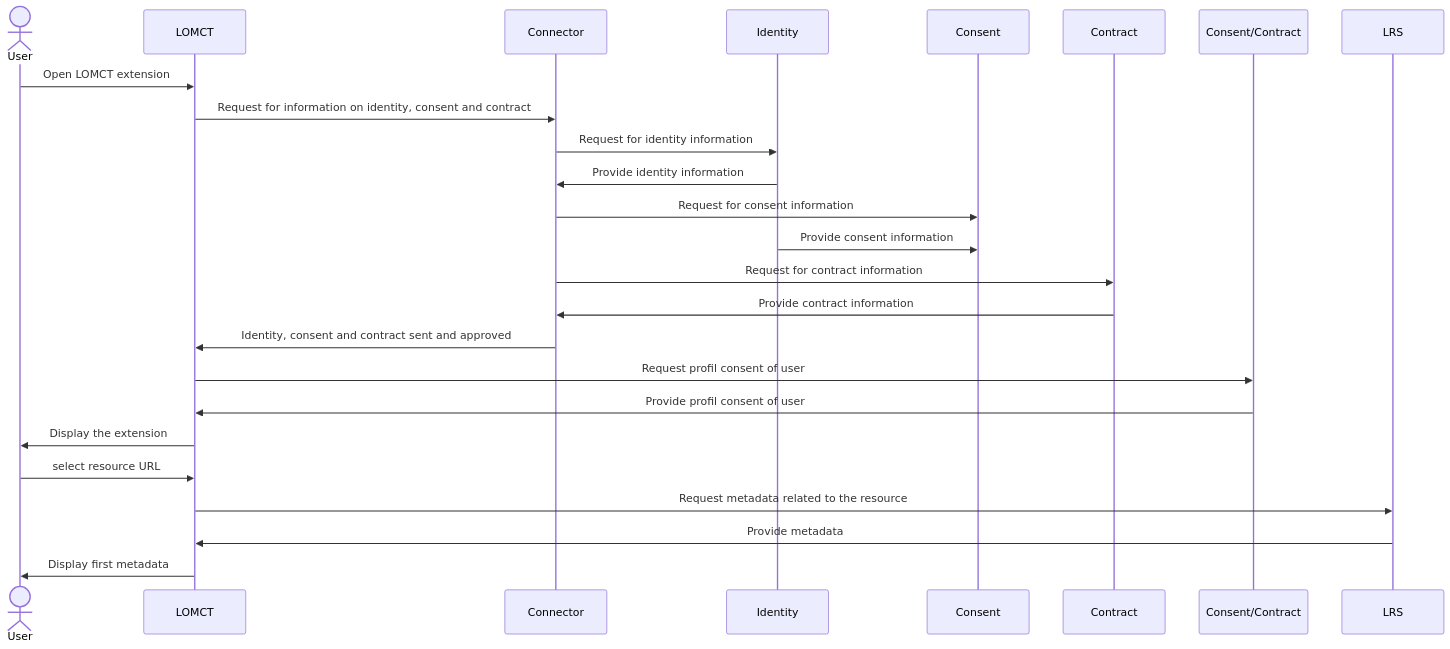
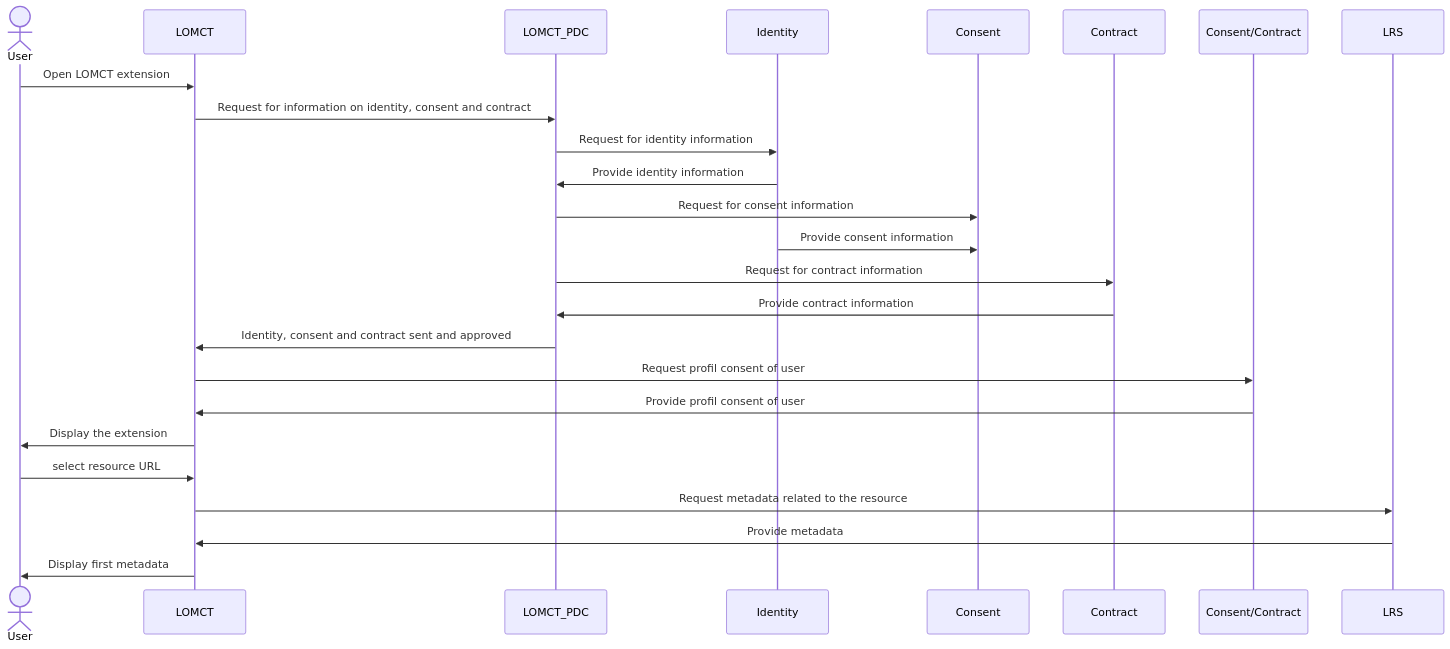
The third of 4 diagrams in readme.md (Prometheus-X-association/lomct), drawn with Mermaid before and after one commit. The commit also changed other lines of this file, not shown here.

````diff
--- a/readme.md
+++ b/readme.md
@@ -642,20 +631,20 @@
 ```mermaid
 sequenceDiagram
    actor User as User
    User->>LOMCT: Open LOMCT extension
-   LOMCT->>Connector: Request for information on identity, consent and contract
-   Connector->>Identity: Request for identity information
-   Identity->>Connector: Provide identity information
-   Connector->>Consent: Request for consent information
+   LOMCT->>LOMCT_PDC: Request for information on identity, consent and contract
+   LOMCT_PDC->>Identity: Request for identity information
+   Identity->>LOMCT_PDC: Provide identity information
+   LOMCT_PDC->>Consent: Request for consent information
    Identity->>Consent: Provide consent information
-   Connector->>Contract: Request for contract information
-   Contract->>Connector: Provide contract information
-   Connector->>LOMCT: Identity, consent and contract sent and approved
+   LOMCT_PDC->>Contract: Request for contract information
+   Contract->>LOMCT_PDC: Provide contract information
+   LOMCT_PDC->>LOMCT: Identity, consent and contract sent and approved
    LOMCT->>Consent/Contract: Request profil consent of user
    Consent/Contract->>LOMCT: Provide profil consent of user
    LOMCT->>User: Display the extension
    User->>LOMCT: select resource URL
    LOMCT->>LRS: Request metadata related to the resource
    LRS->>LOMCT: Provide metadata
    LOMCT->>User: Display first metadata
 ```
````
